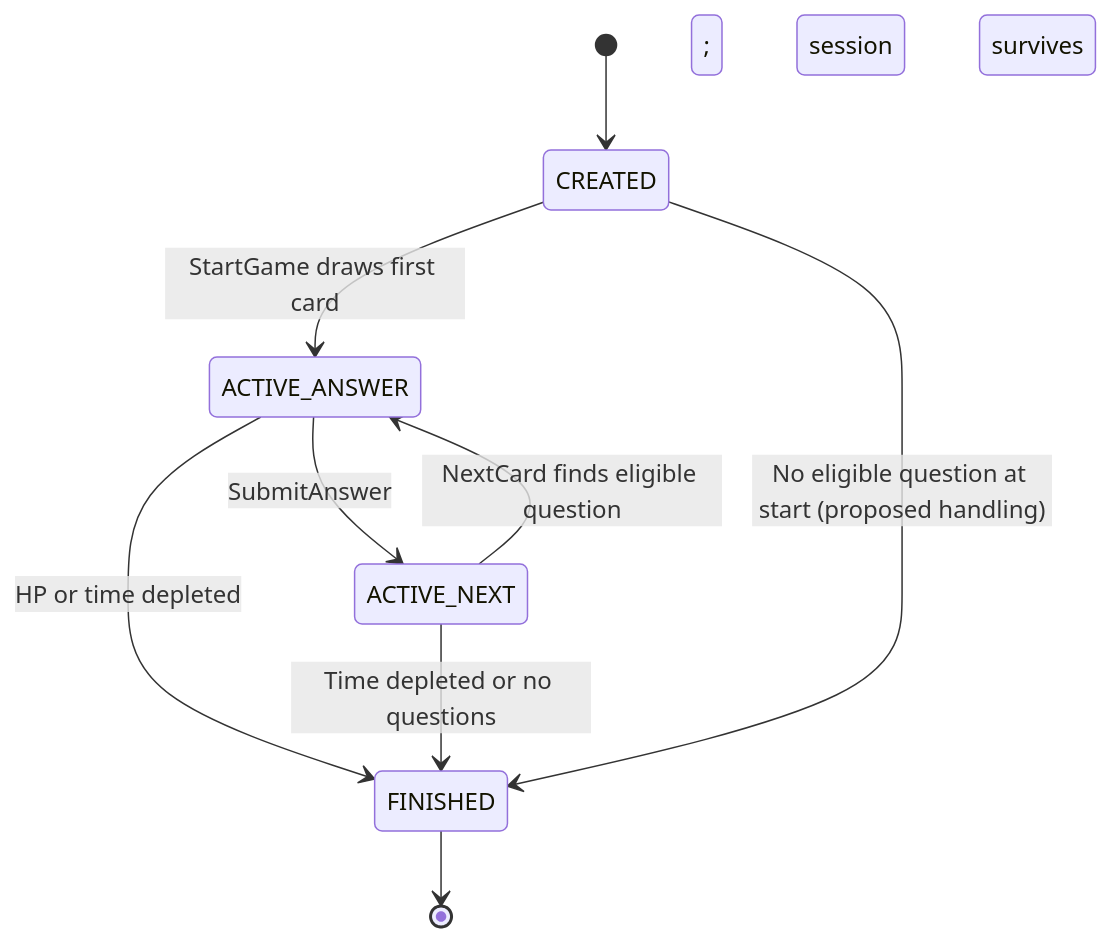
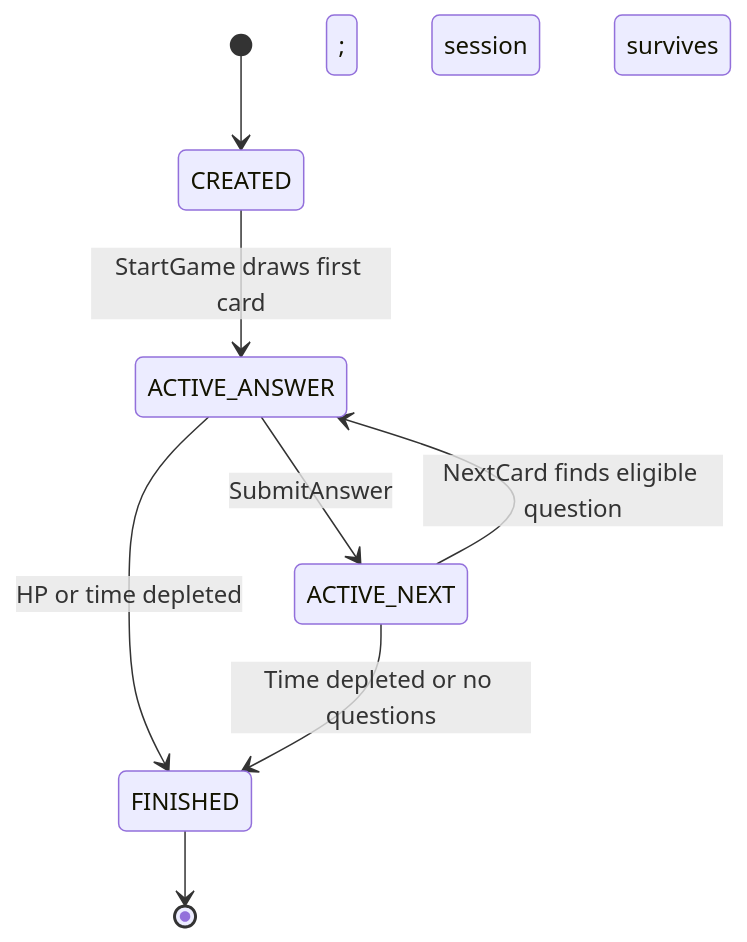
One commit to vegli/Portfolio changed the second of 2 diagrams in docs/GAME_DESIGN.md. Above: the diagram before and after it, drawn with Mermaid. The commit also changed other lines of this file and 21 other files, not shown here.

````diff
--- a/docs/GAME_DESIGN.md
+++ b/docs/GAME_DESIGN.md
@@ -57,11 +57,10 @@
 ```mermaid
 stateDiagram-v2
     [*] --> CREATED
     CREATED --> ACTIVE_ANSWER: StartGame draws first card
     ACTIVE_ANSWER --> ACTIVE_NEXT: SubmitAnswer; session survives
     ACTIVE_NEXT --> ACTIVE_ANSWER: NextCard finds eligible question
     ACTIVE_ANSWER --> FINISHED: HP or time depleted
     ACTIVE_NEXT --> FINISHED: Time depleted or no questions
-    CREATED --> FINISHED: No eligible question at start (proposed handling)
     FINISHED --> [*]
 ```
````
